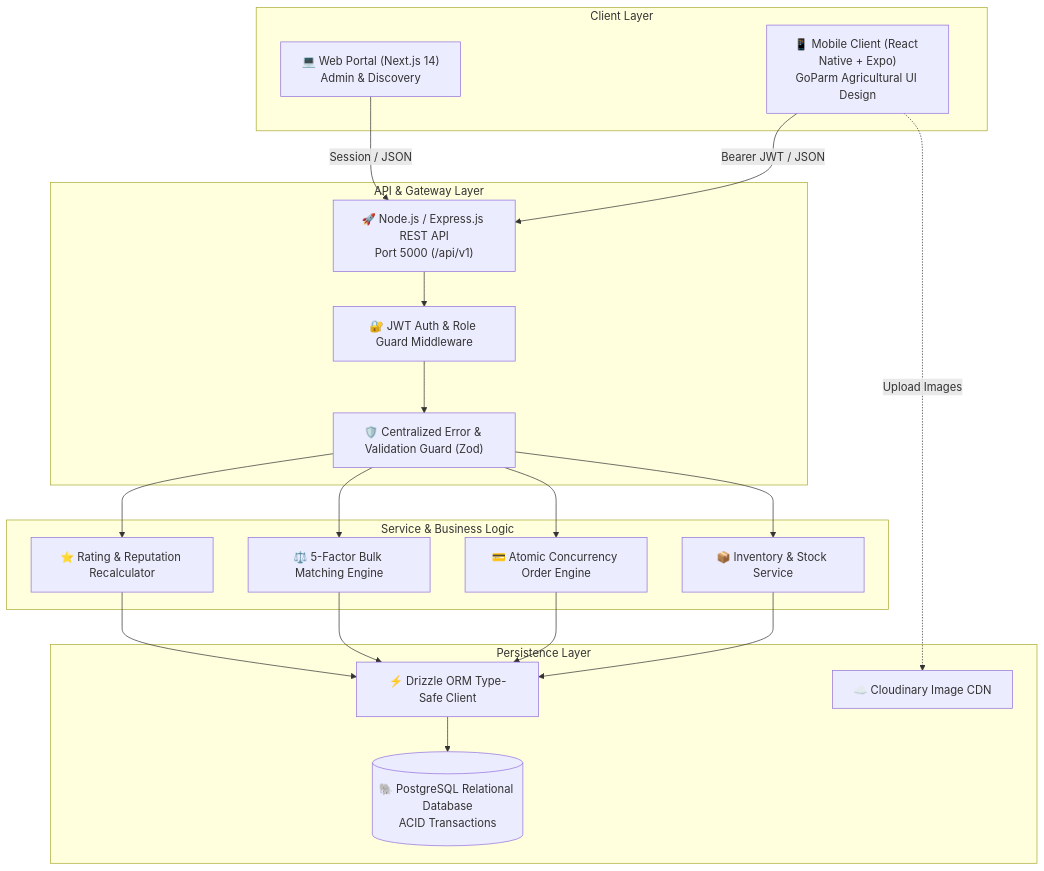
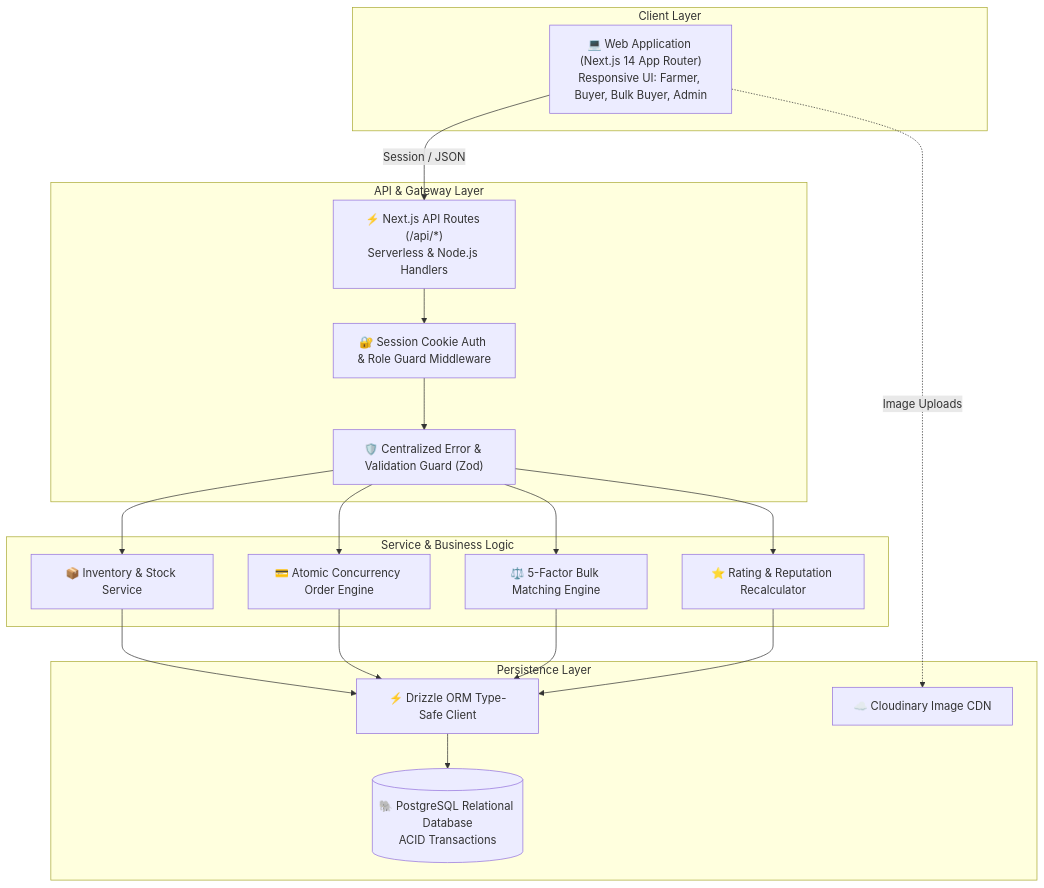
The first of 5 diagrams in docs/system-architecture.md (s7arlen/FarmConnect), drawn with Mermaid before and after one commit. The commit also changed other lines of this file and 85 other files, not shown here.

Commit message:
feat: transform FarmConnect into app-like web app (GoParm design, mobile bottom nav, stock management, PWA, bug fixes)

````diff
--- a/docs/system-architecture.md
+++ b/docs/system-architecture.md
@@ -13,43 +13,41 @@
 ```mermaid
 graph TD
     subgraph Client Layer
-        MOB["📱 Mobile Client (React Native + Expo)<br/>GoParm Agricultural UI Design"]
-        WEB["💻 Web Portal (Next.js 14)<br/>Admin & Discovery"]
+        WEB["💻 Web Application (Next.js 14 App Router)<br/>Responsive UI: Farmer, Buyer, Bulk Buyer, Admin"]
     end
 
     subgraph API & Gateway Layer
-        REST["🚀 Node.js / Express.js REST API<br/>Port 5000 (/api/v1)"]
-        AUTH_MID["🔐 JWT Auth & Role Guard Middleware"]
+        API["⚡ Next.js API Routes (/api/*)<br/>Serverless & Node.js Handlers"]
+        AUTH_MID["🔐 Session Cookie Auth & Role Guard Middleware"]
         RATE["🛡️ Centralized Error & Validation Guard (Zod)"]
     end
 
     subgraph Service & Business Logic
         INV_SRV["📦 Inventory & Stock Service"]
         ORD_SRV["💳 Atomic Concurrency Order Engine"]
         MATCH_SRV["⚖️ 5-Factor Bulk Matching Engine"]
         REV_SRV["⭐ Rating & Reputation Recalculator"]
     end
 
     subgraph Persistence Layer
         DRIZZLE["⚡ Drizzle ORM Type-Safe Client"]
         PG[("🐘 PostgreSQL Relational Database<br/>ACID Transactions")]
         CDN["☁️ Cloudinary Image CDN"]
     end
 
-    MOB -->|Bearer JWT / JSON| REST
-    WEB -->|Session / JSON| REST
-    REST --> AUTH_MID
+    WEB -->|Session / JSON| API
+    API --> AUTH_MID
     AUTH_MID --> RATE
     RATE --> INV_SRV
     RATE --> ORD_SRV
     RATE --> MATCH_SRV
     RATE --> REV_SRV
 
     INV_SRV --> DRIZZLE
     ORD_SRV --> DRIZZLE
     MATCH_SRV --> DRIZZLE
     REV_SRV --> DRIZZLE
 
     DRIZZLE --> PG
-    MOB -.->|Upload Images| CDN
+    WEB -.->|Image Uploads| CDN
 ```
````
